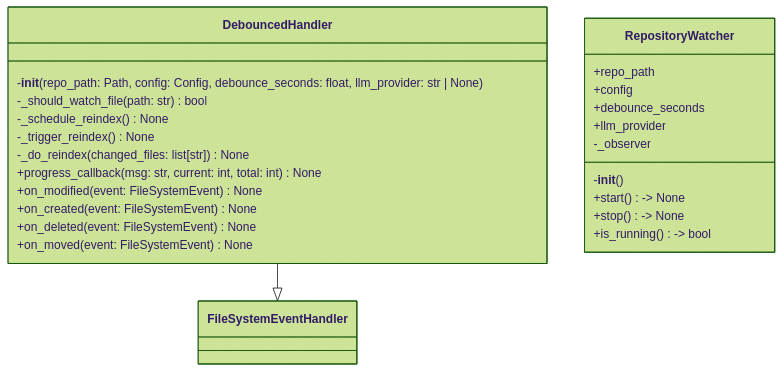
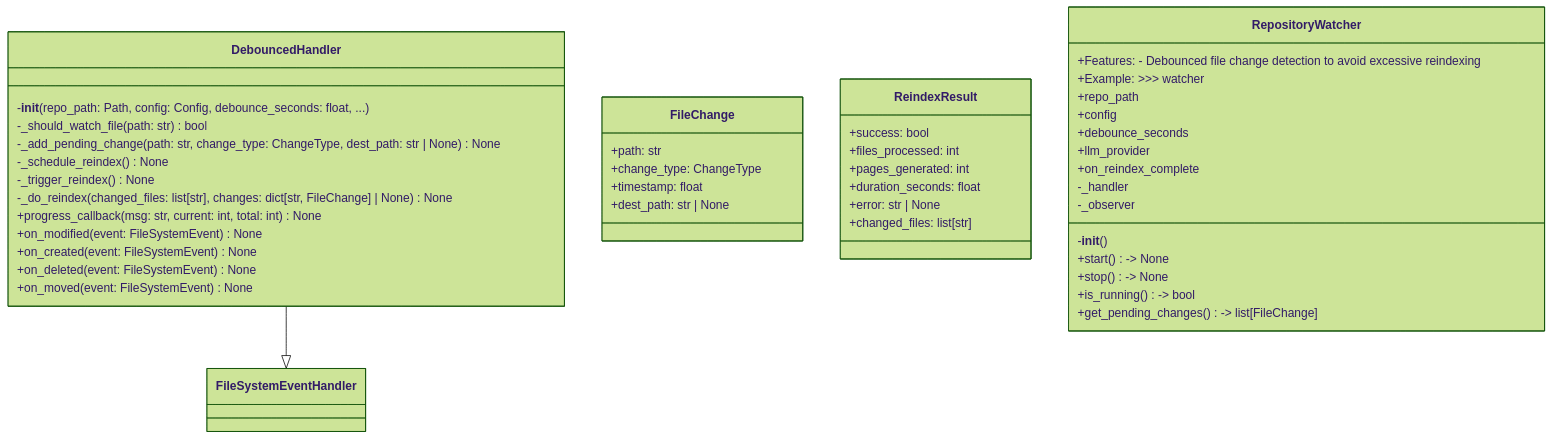
Before and after one commit to UrbanDiver/local-deepwiki-mcp: the first of 2 diagrams in .deepwiki/files/src/local_deepwiki/watcher.md, drawn with Mermaid (forest theme). The commit also changed other lines of this file and 65 other files, not shown here.

````diff
--- a/.deepwiki/files/src/local_deepwiki/watcher.md
+++ b/.deepwiki/files/src/local_deepwiki/watcher.md
@@ -857,27 +1455,47 @@
 ```mermaid
 classDiagram
     class DebouncedHandler {
-        -__init__(repo_path: Path, config: Config, debounce_seconds: float, llm_provider: str | None)
+        -__init__(repo_path: Path, config: Config, debounce_seconds: float, ...)
         -_should_watch_file(path: str) bool
+        -_add_pending_change(path: str, change_type: ChangeType, dest_path: str | None) None
         -_schedule_reindex() None
         -_trigger_reindex() None
-        -_do_reindex(changed_files: list[str]) None
+        -_do_reindex(changed_files: list[str], changes: dict[str, FileChange] | None) None
         +progress_callback(msg: str, current: int, total: int) None
         +on_modified(event: FileSystemEvent) None
         +on_created(event: FileSystemEvent) None
         +on_deleted(event: FileSystemEvent) None
         +on_moved(event: FileSystemEvent) None
     }
+    class FileChange {
+        +path: str
+        +change_type: ChangeType
+        +timestamp: float
+        +dest_path: str | None
+    }
+    class ReindexResult {
+        +success: bool
+        +files_processed: int
+        +pages_generated: int
+        +duration_seconds: float
+        +error: str | None
+        +changed_files: list[str]
+    }
     class RepositoryWatcher {
+        +Features: - Debounced file change detection to avoid excessive reindexing
+        +Example: >>> watcher
         +repo_path
         +config
         +debounce_seconds
         +llm_provider
+        +on_reindex_complete
+        -_handler
         -_observer
         -__init__()
         +start() -> None
         +stop() -> None
         +is_running() -> bool
+        +get_pending_changes() -> list[FileChange]
     }
     DebouncedHandler --|> FileSystemEventHandler
 ```
````
